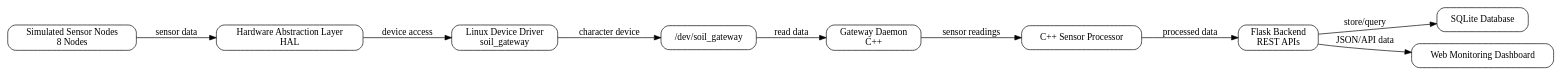
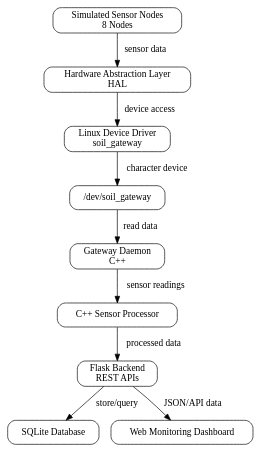
The diagram in docs/stage6/architecture.dot (anshumanpattnaik153-ctrl/soil-moisture-gateway), drawn with Graphviz before and after one commit. The commit also changed 2 other files, not shown here.

Commit message:
Update architecture diagram and report

```diff
--- a/docs/stage6/architecture.dot
+++ b/docs/stage6/architecture.dot
@@ -1,23 +1,23 @@
 digraph Architecture {
-    rankdir=LR;
+    rankdir=TB;
     node [shape=box, style="rounded"];
 
     Sensors [label="Simulated Sensor Nodes\n8 Nodes"];
     HAL [label="Hardware Abstraction Layer\nHAL"];
     Driver [label="Linux Device Driver\nsoil_gateway"];
     Device [label="/dev/soil_gateway"];
     Gateway [label="Gateway Daemon\nC++"];
     Processor [label="C++ Sensor Processor"];
     Backend [label="Flask Backend\nREST APIs"];
     DB [label="SQLite Database"];
     Dashboard [label="Web Monitoring Dashboard"];
 
     Sensors -> HAL [label="sensor data"];
     HAL -> Driver [label="device access"];
     Driver -> Device [label="character device"];
     Device -> Gateway [label="read data"];
     Gateway -> Processor [label="sensor readings"];
     Processor -> Backend [label="processed data"];
     Backend -> DB [label="store/query"];
     Backend -> Dashboard [label="JSON/API data"];
 }
```
